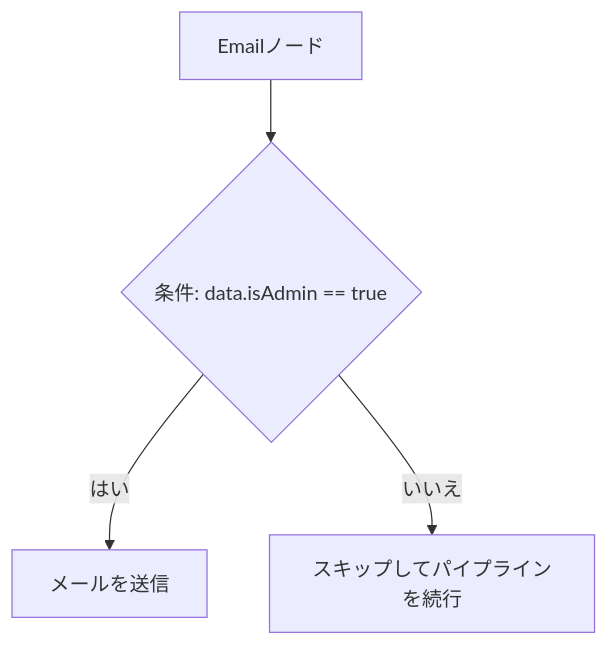
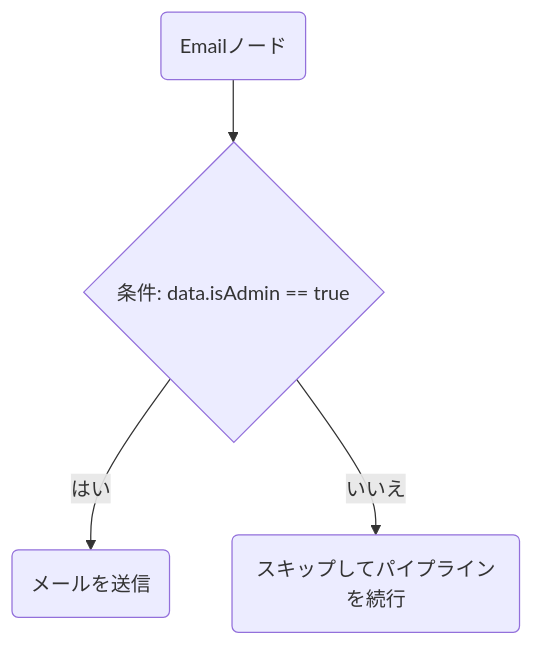
Before and after one commit to KriyanshKhunt/nexus_docs: the diagram in content/docs/ja/platform/concepts/workflows.mdx, drawn with Mermaid. The commit also changed 20 other files, not shown here.

Commit message:
Handle ja Mermaid charts

````diff
--- a/content/docs/ja/platform/concepts/workflows.mdx
+++ b/content/docs/ja/platform/concepts/workflows.mdx
@@ -49,6 +49,6 @@
 ```mermaid
 flowchart TD
-    Node[Emailノード] --> Check{条件: data.isAdmin == true}
-    Check -->|はい| Send[メールを送信]
-    Check -->|いいえ| Skip[スキップしてパイプラインを続行]
+    Node(Emailノード) --> Check{条件: data.isAdmin == true}
+    Check -->|はい| Send(メールを送信)
+    Check -->|いいえ| Skip(スキップしてパイプラインを続行)
 ```
````
